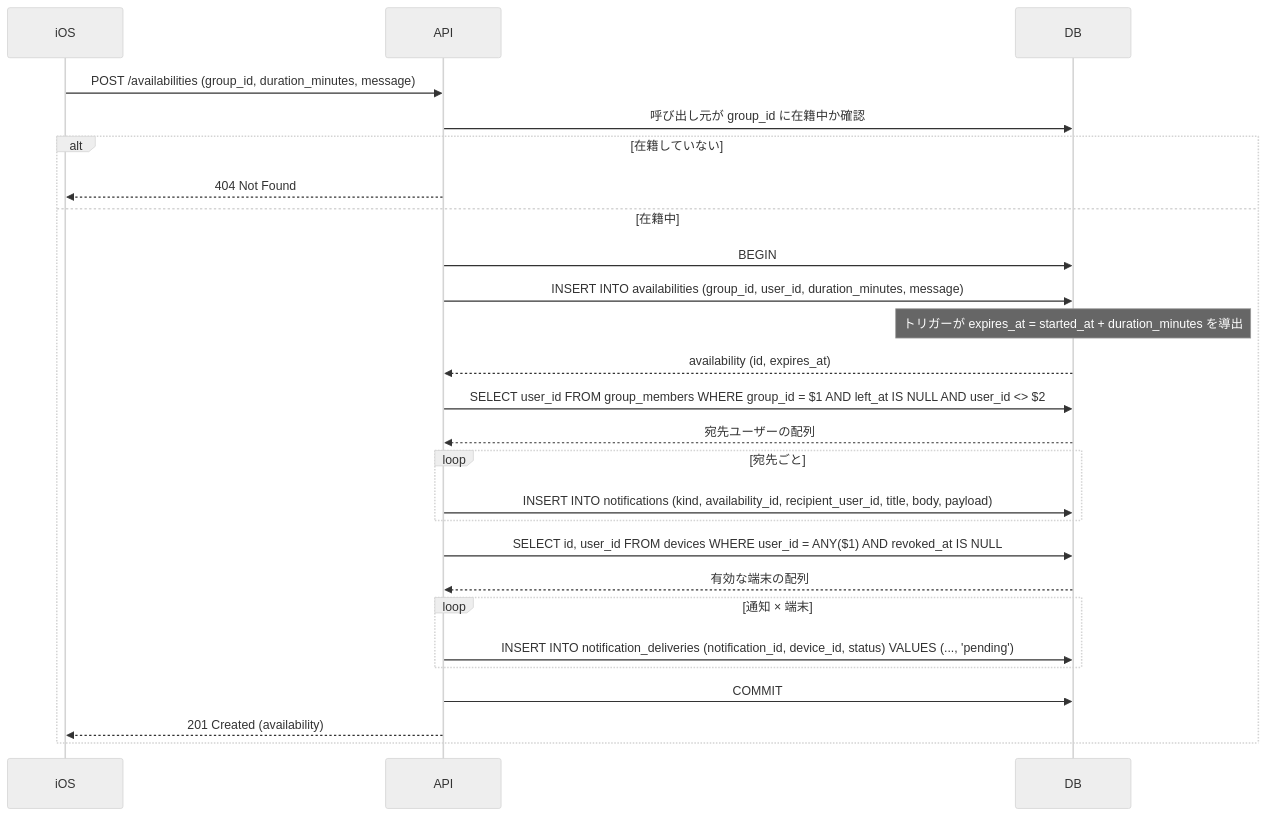
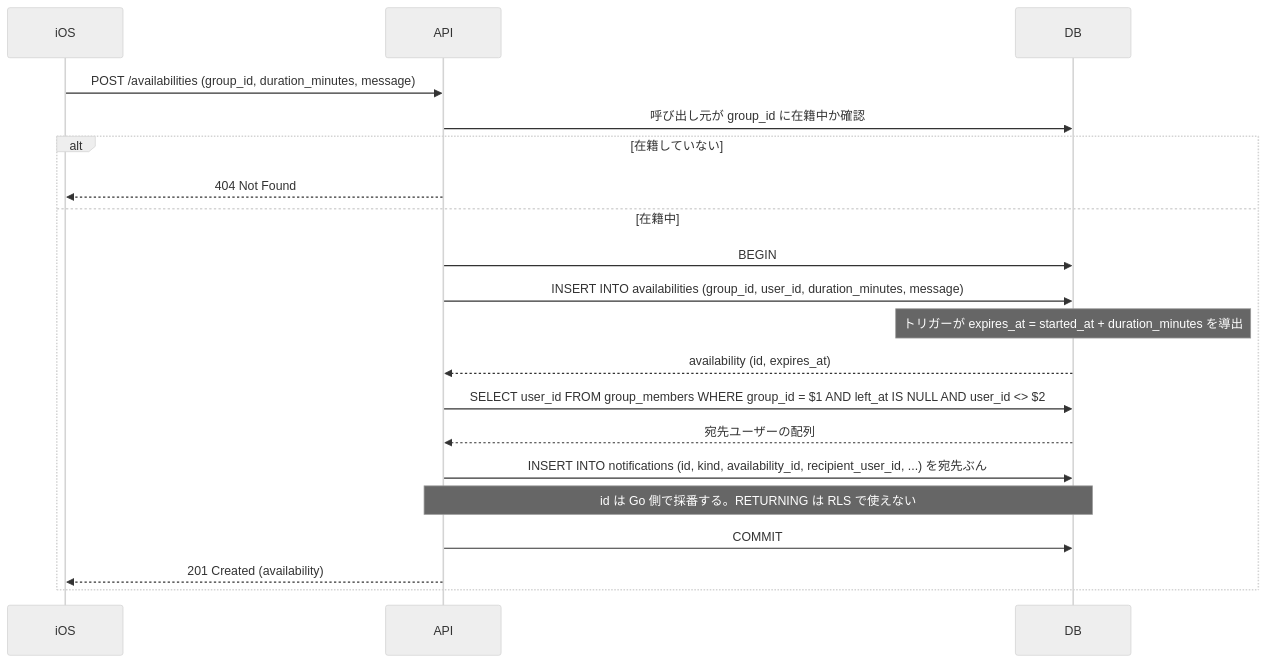
One commit to sawakishuto/himasoku-go changed the second of 6 diagrams in docs/usecases/availability-sharing.md. Above: the diagram before and after it, drawn with Mermaid (neutral theme). The commit also changed other lines of this file and 3 other files, not shown here.

````diff
--- a/docs/usecases/availability-sharing.md
+++ b/docs/usecases/availability-sharing.md
@@ -57,35 +57,27 @@
 ```mermaid
 sequenceDiagram
     participant iOS
     participant API
     participant DB
 
     iOS->>API: POST /availabilities (group_id, duration_minutes, message)
     API->>DB: 呼び出し元が group_id に在籍中か確認
 
     alt 在籍していない
         API-->>iOS: 404 Not Found
     else 在籍中
         API->>DB: BEGIN
         API->>DB: INSERT INTO availabilities (group_id, user_id, duration_minutes, message)
         Note over DB: トリガーが expires_at = started_at + duration_minutes を導出
         DB-->>API: availability (id, expires_at)
 
         API->>DB: SELECT user_id FROM group_members WHERE group_id = $1 AND left_at IS NULL AND user_id <> $2
         DB-->>API: 宛先ユーザーの配列
 
-        loop 宛先ごと
-            API->>DB: INSERT INTO notifications (kind, availability_id, recipient_user_id, title, body, payload)
-        end
-
-        API->>DB: SELECT id, user_id FROM devices WHERE user_id = ANY($1) AND revoked_at IS NULL
-        DB-->>API: 有効な端末の配列
-
-        loop 通知 × 端末
-            API->>DB: INSERT INTO notification_deliveries (notification_id, device_id, status) VALUES (..., 'pending')
-        end
+        API->>DB: INSERT INTO notifications (id, kind, availability_id, recipient_user_id, ...) を宛先ぶん
+        Note over API,DB: id は Go 側で採番する。RETURNING は RLS で使えない
 
         API->>DB: COMMIT
         API-->>iOS: 201 Created (availability)
     end
 ```
````
